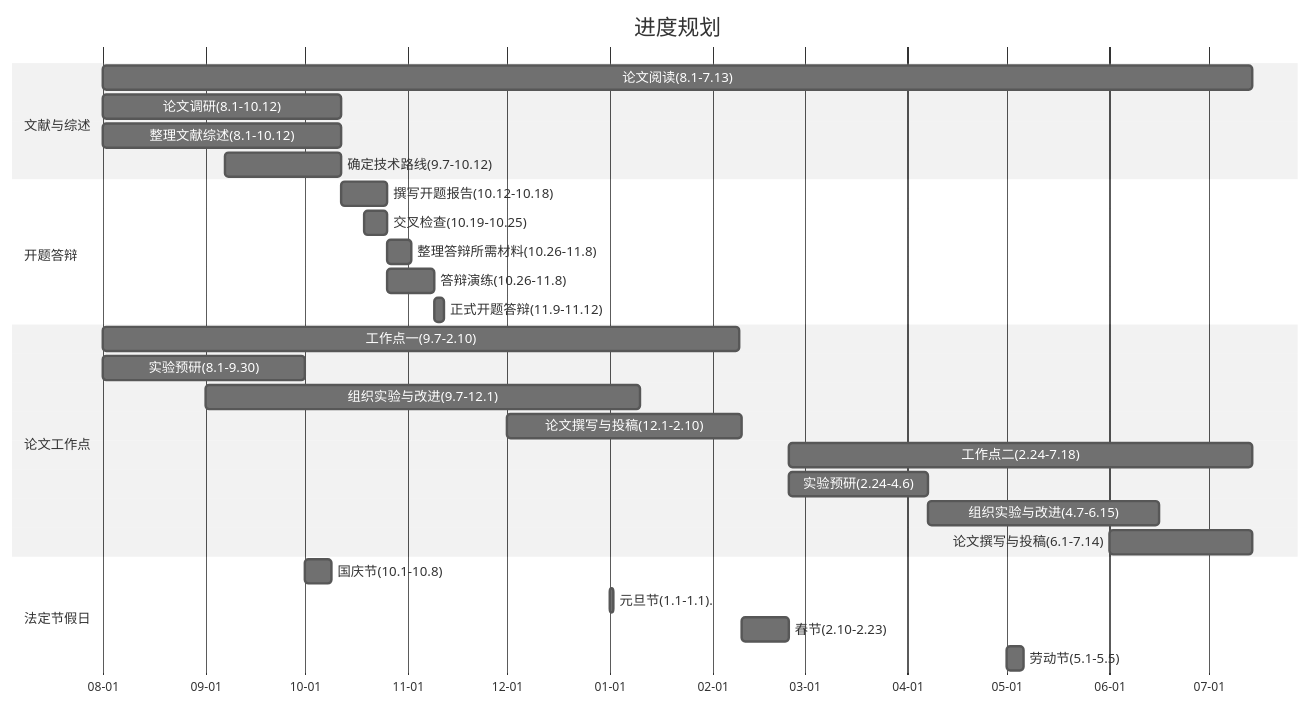
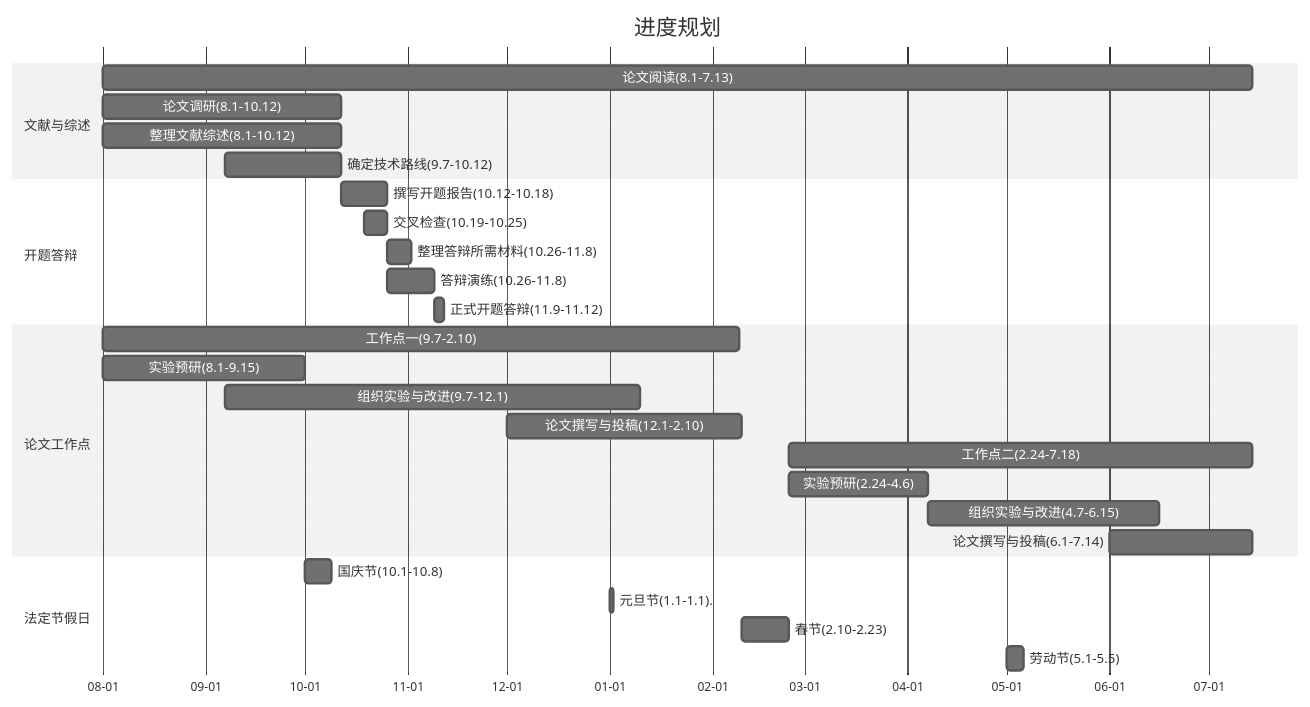
One commit to mejistus/iodraw-files changed the diagram in all/未命名-3.md. Above: the diagram before and after it, drawn with Mermaid (neutral theme).

Commit message:
2025-07-27 12:01:10 update

````diff
--- a/all/未命名-3.md
+++ b/all/未命名-3.md
@@ -1,43 +1,43 @@
 ```mermaid
 gantt
     title 进度规划
     dateFormat  YYYY-MM-DD
     axisFormat  %m-%d
 
 
     section 文献与综述
     论文阅读(8.1-7.13)         :t1, 2025-08-01, 2026-07-14
     论文调研(8.1-10.12)            :t2, 2025-08-01, 2025-10-12
     整理文献综述(8.1-10.12)          :t3, 2025-08-01, 2025-10-12
     确定技术路线(9.7-10.12)         :t3, 2025-09-07, 2025-10-12
  
 
     section 开题答辩
     撰写开题报告(10.12-10.18)          :k1, 2025-10-12, 2w
     交叉检查(10.19-10.25)             :k2, 2025-10-19, 1w
     整理答辩所需材料(10.26-11.8)       :k3, after k2, 1w
     答辩演练(10.26-11.8)              :k3, after k2, 2w
     正式开题答辩(11.9-11.12)           :k3, 2025-11-09, 3d
 
     section 论文工作点
    
     工作点一(9.7-2.10)        :w11, 2025-08-01, 2026-02-09
-    实验预研(8.1-9.30):w110,2025-08-01,2025-10-01
-    组织实验与改进(9.7-12.1):w111,2025-09-01,2026-01-10
+    实验预研(8.1-9.15):w110,2025-08-01,2025-10-01
+    组织实验与改进(9.7-12.1):w111,2025-09-07,2026-01-10
     论文撰写与投稿(12.1-2.10):w112,2025-12-01,2026-02-10
     
     工作点二(2.24-7.18)        :w2, 2026-02-24, 20w
     实验预研(2.24-4.6):w20,2026-02-24,6w
     组织实验与改进(4.7-6.15):w21,after w20,10w
     论文撰写与投稿(6.1-7.14):w22,2026-06-01,2026-07-14
 
     section 法定节假日
     国庆节(10.1-10.8)               :holiday, 2025-10-01,8d
     元旦节(1.1-1.1).                :holiday, 2026-01-01,1d
     春节(2.10-2.23)              :holiday, 2026-02-10, 2w
     劳动节(5.1-5.5)                  :holiday, 2026-05-01,5d
 
 
 
 
 ```
````
